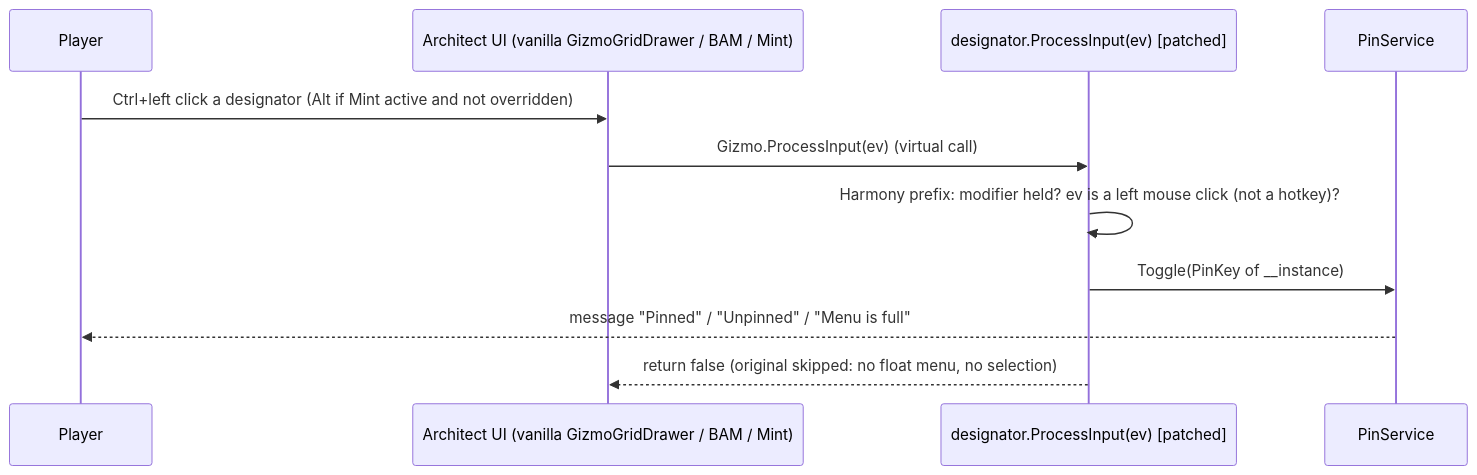
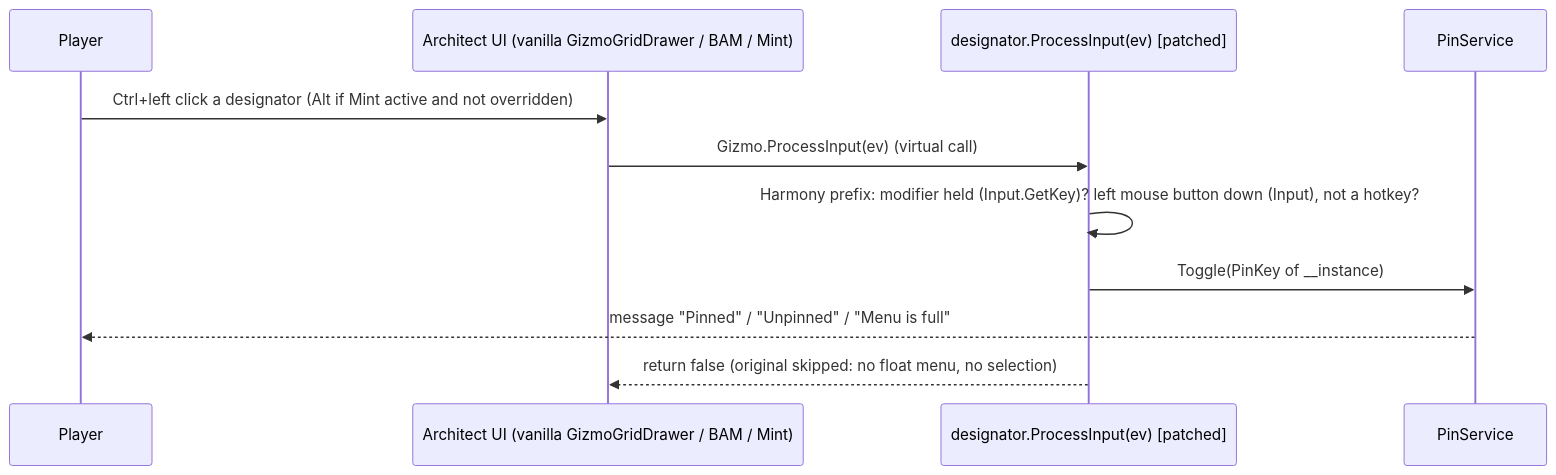
Before and after one commit to Sixdd6/rimworld-quick-menu: the fourth of 5 diagrams in docs/project/architecture.md, drawn with Mermaid. The commit also changed other lines of this file and 10 other files, not shown here.

````diff
--- a/docs/project/architecture.md
+++ b/docs/project/architecture.md
@@ -210,13 +210,13 @@
 ```mermaid
 sequenceDiagram
   participant P as Player
   participant UI as Architect UI (vanilla GizmoGridDrawer / BAM / Mint)
   participant D as designator.ProcessInput(ev) [patched]
   participant PS as PinService
   P->>UI: Ctrl+left click a designator (Alt if Mint active and not overridden)
   UI->>D: Gizmo.ProcessInput(ev) (virtual call)
-  D->>D: Harmony prefix: modifier held? ev is a left mouse click (not a hotkey)?
+  D->>D: Harmony prefix: modifier held (Input.GetKey)? left mouse button down (Input), not a hotkey?
   D->>PS: Toggle(PinKey of __instance)
   PS-->>P: message "Pinned" / "Unpinned" / "Menu is full"
   D-->>UI: return false (original skipped: no float menu, no selection)
 ```
````
